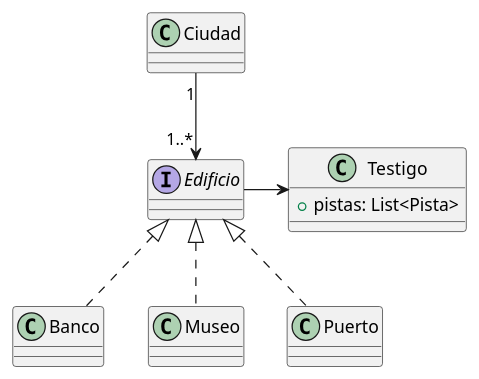
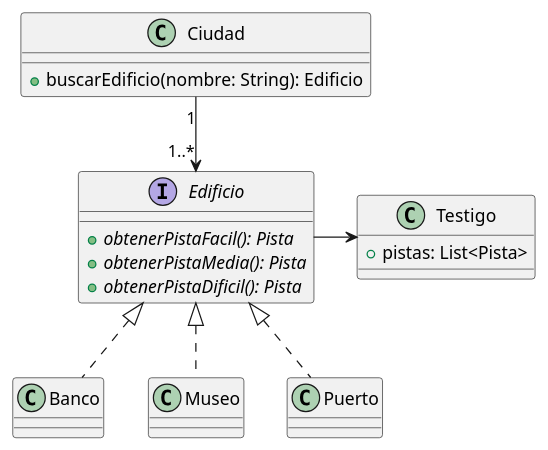
One commit to MegaRedHand/algo-thief changed the diagram in diagrams/classes/clase_ciudad.plantuml. Above: the diagram before and after it, drawn with PlantUML. The commit also changed 2 other files, not shown here.

Commit message:
Agrego cambios a los diagramas
- agrego los métodos del diagrama de secuencia a los de clases
- agrego el cronómetro al diagrama del policía

```diff
--- a/diagrams/classes/clase_ciudad.plantuml
+++ b/diagrams/classes/clase_ciudad.plantuml
@@ -1,18 +1,24 @@
 @startuml
 
-class Ciudad
+class Ciudad {
+    + buscarEdificio(nombre: String): Edificio
+}
 
 class Testigo {
     + pistas: List<Pista>
 }
 
-interface Edificio
+interface Edificio {
+    + {abstract}obtenerPistaFacil(): Pista
+    + {abstract}obtenerPistaMedia(): Pista
+    + {abstract}obtenerPistaDificil(): Pista
+}
 
 class Banco implements Edificio
 class Museo implements Edificio
 class Puerto implements Edificio
 
 Ciudad "1" --> "1..*" Edificio
 Edificio -> Testigo
 
 @enduml
```
